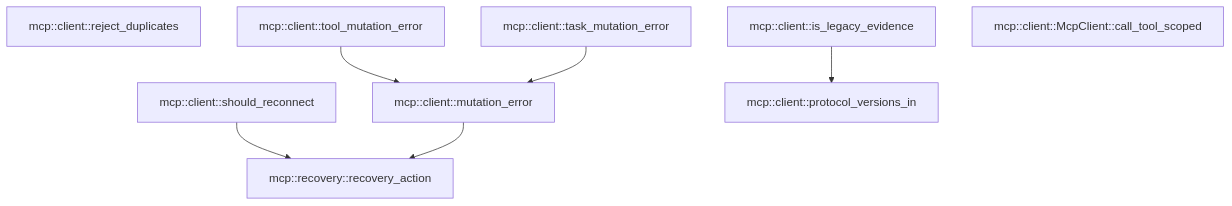
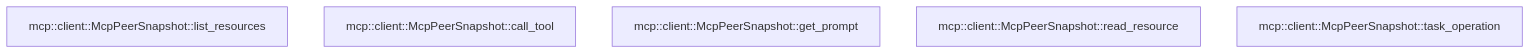
One commit to TekesApps/TekesKernel changed the fifth of 5 diagrams in crates/mcp/docs/generated/src--client.md. Above: the diagram before and after it, drawn with Mermaid. The commit also changed other lines of this file and 147 other files, not shown here.

````diff
--- a/crates/mcp/docs/generated/src--client.md
+++ b/crates/mcp/docs/generated/src--client.md
@@ -336,17 +390,8 @@
 ```mermaid
 flowchart TD
-  n0["mcp::client::reject_duplicates"]
-  n1["mcp::client::should_reconnect"]
-  n2["mcp::client::tool_mutation_error"]
-  n3["mcp::client::task_mutation_error"]
-  n4["mcp::client::mutation_error"]
-  n5["mcp::client::is_legacy_evidence"]
-  n6["mcp::client::protocol_versions_in"]
-  n7["mcp::client::McpClient::call_tool_scoped"]
-  n8["mcp::recovery::recovery_action"]
-  n1 --> n8
-  n2 --> n4
-  n3 --> n4
-  n4 --> n8
-  n5 --> n6
+  n0["mcp::client::McpPeerSnapshot::list_resources"]
+  n1["mcp::client::McpPeerSnapshot::call_tool"]
+  n2["mcp::client::McpPeerSnapshot::get_prompt"]
+  n3["mcp::client::McpPeerSnapshot::read_resource"]
+  n4["mcp::client::McpPeerSnapshot::task_operation"]
 ```
````
